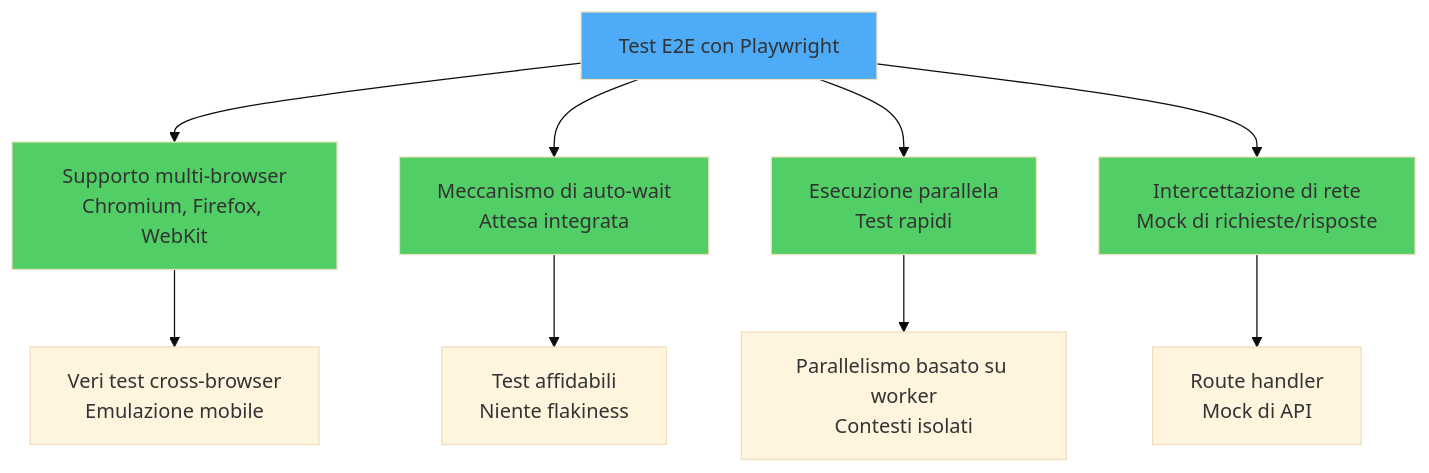
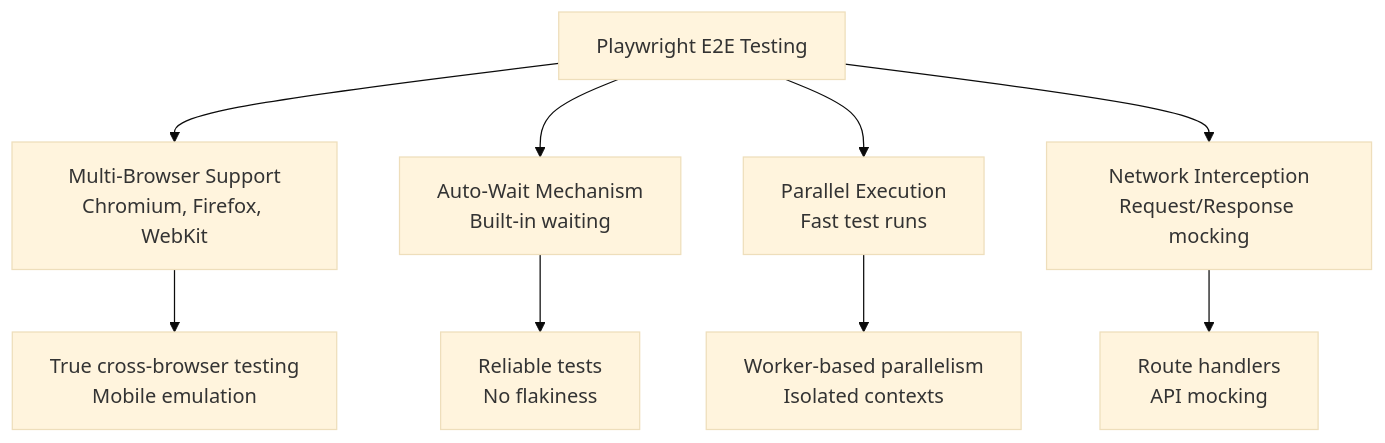
One commit to BabaScience/react-guides changed the ninth of 10 diagrams in arguments/chapters/it/10-testing.md. Above: the diagram before and after it, drawn with Mermaid (base theme). The commit also changed other lines of this file and 29 other files, not shown here.

First line of the commit message:
Bring React FR/IT translations to full English parity + theme-safe diagrams

````diff
--- a/arguments/chapters/it/10-testing.md
+++ b/arguments/chapters/it/10-testing.md
@@ -364,18 +2169,13 @@
 ```mermaid
 graph TD
-    A[Test E2E con Playwright] --> B[Supporto multi-browser<br/>Chromium, Firefox, WebKit]
-    A --> C[Meccanismo di auto-wait<br/>Attesa integrata]
-    A --> D[Esecuzione parallela<br/>Test rapidi]
-    A --> E[Intercettazione di rete<br/>Mock di richieste/risposte]
-
-    B --> B1[Veri test cross-browser<br/>Emulazione mobile]
-    C --> C1[Test affidabili<br/>Niente flakiness]
-    D --> D1[Parallelismo basato su worker<br/>Contesti isolati]
-    E --> E1[Route handler<br/>Mock di API]
-
-    style A fill:#4dabf7
-    style B fill:#51cf66
-    style C fill:#51cf66
-    style D fill:#51cf66
-    style E fill:#51cf66
+    A[Playwright E2E Testing] --> B[Multi-Browser Support<br/>Chromium, Firefox, WebKit]
+    A --> C[Auto-Wait Mechanism<br/>Built-in waiting]
+    A --> D[Parallel Execution<br/>Fast test runs]
+    A --> E[Network Interception<br/>Request/Response mocking]
+    
+    B --> B1[True cross-browser testing<br/>Mobile emulation]
+    C --> C1[Reliable tests<br/>No flakiness]
+    D --> D1[Worker-based parallelism<br/>Isolated contexts]
+    E --> E1[Route handlers<br/>API mocking]
+    
 ```
````
